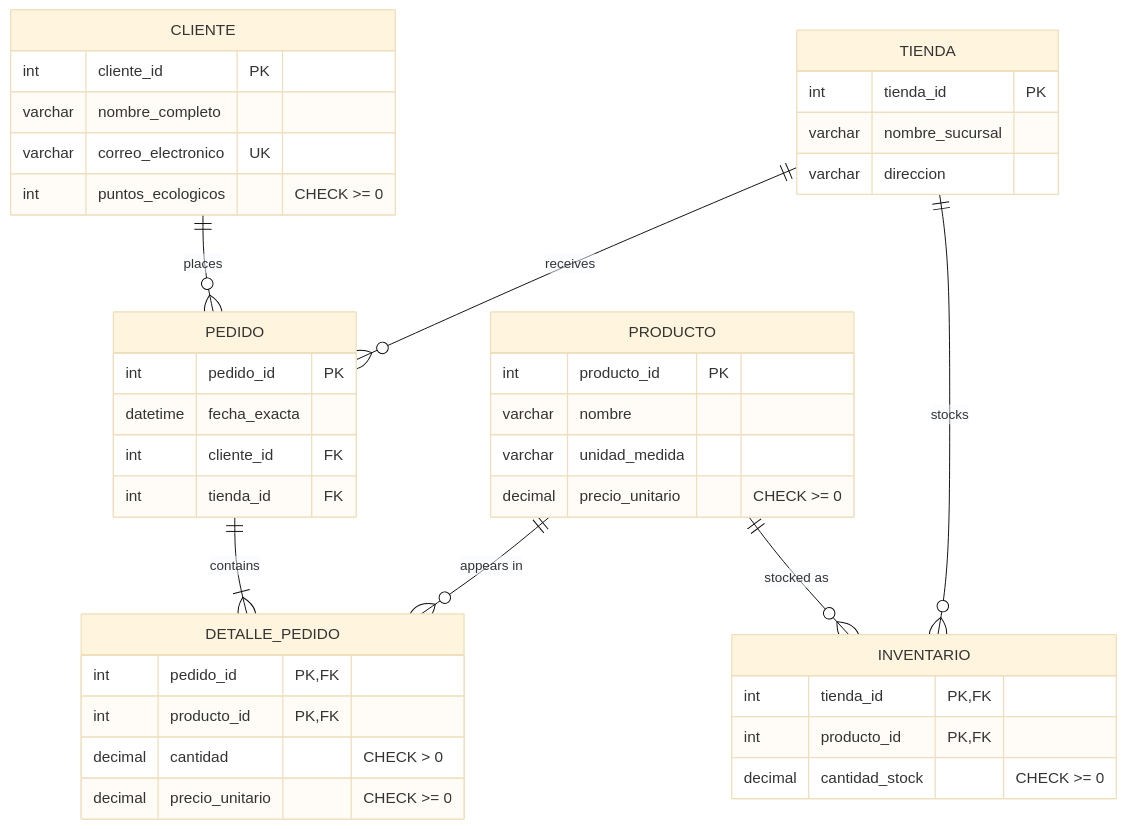
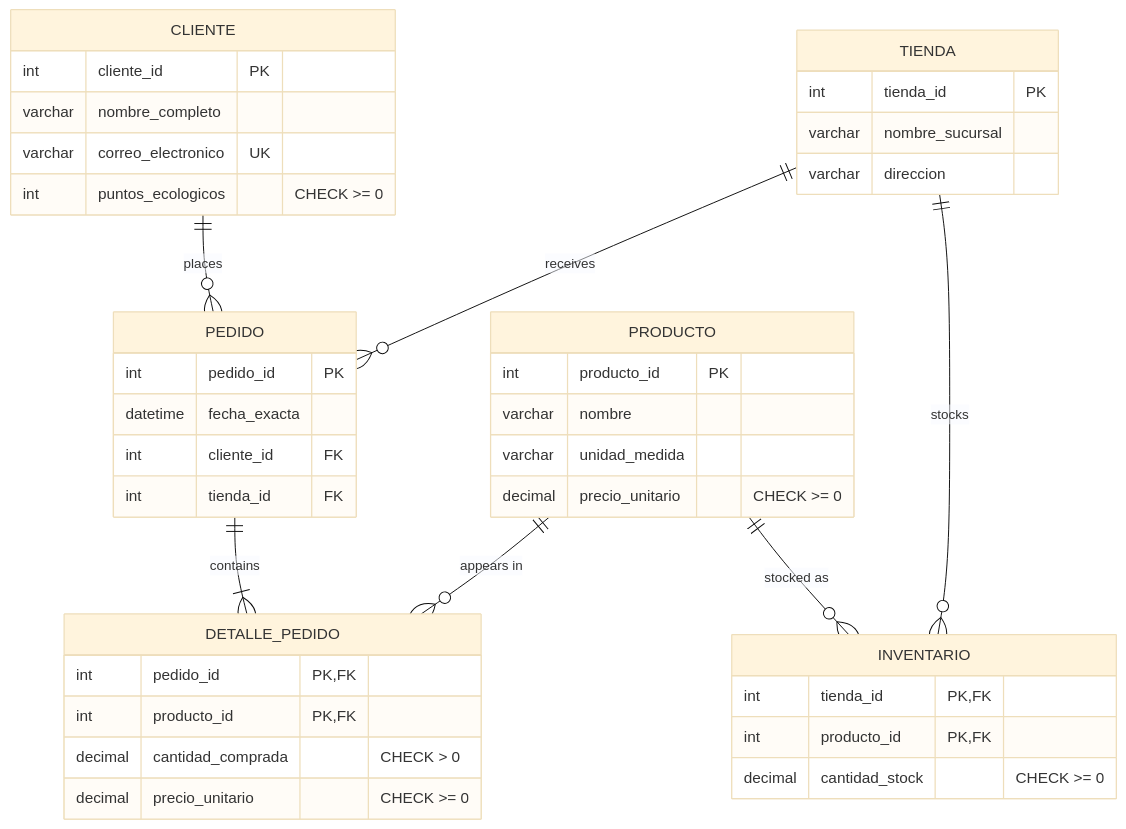
One commit to juanvalencia-beep/eco-marketplace changed the diagram in README.md. Above: the diagram before and after it, drawn with Mermaid (base theme). The commit also changed other lines of this file and 20 other files, not shown here.

````diff
--- a/README.md
+++ b/README.md
@@ -46,44 +48,44 @@
 ```mermaid
 erDiagram
     CLIENTE ||--o{ PEDIDO : places
     TIENDA ||--o{ PEDIDO : receives
     PEDIDO ||--|{ DETALLE_PEDIDO : contains
     PRODUCTO ||--o{ DETALLE_PEDIDO : "appears in"
     TIENDA ||--o{ INVENTARIO : stocks
     PRODUCTO ||--o{ INVENTARIO : "stocked as"
 
     CLIENTE {
         int cliente_id PK
         varchar nombre_completo
         varchar correo_electronico UK
         int puntos_ecologicos "CHECK >= 0"
     }
     TIENDA {
         int tienda_id PK
         varchar nombre_sucursal
         varchar direccion
     }
     PRODUCTO {
         int producto_id PK
         varchar nombre
         varchar unidad_medida
         decimal precio_unitario "CHECK >= 0"
     }
     INVENTARIO {
         int tienda_id PK,FK
         int producto_id PK,FK
         decimal cantidad_stock "CHECK >= 0"
     }
     PEDIDO {
         int pedido_id PK
         datetime fecha_exacta
         int cliente_id FK
         int tienda_id FK
     }
     DETALLE_PEDIDO {
         int pedido_id PK,FK
         int producto_id PK,FK
-        decimal cantidad "CHECK > 0"
+        decimal cantidad_comprada "CHECK > 0"
         decimal precio_unitario "CHECK >= 0"
     }
 ```
````
